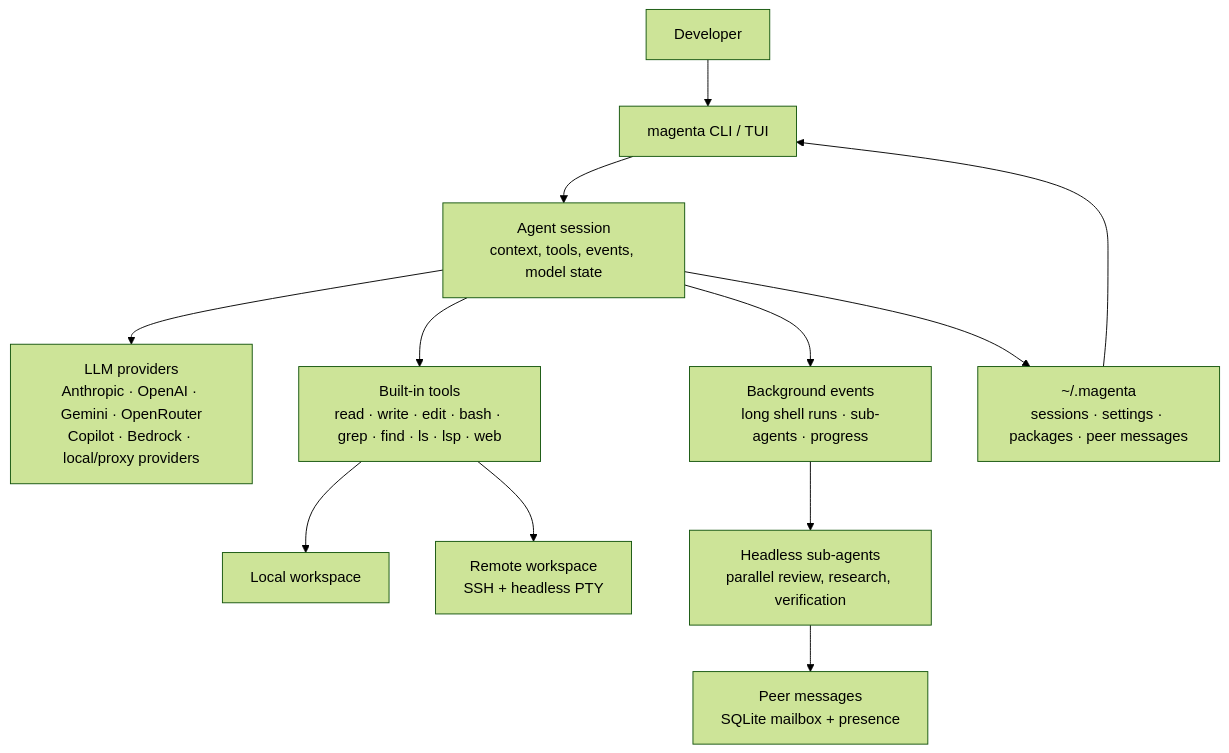
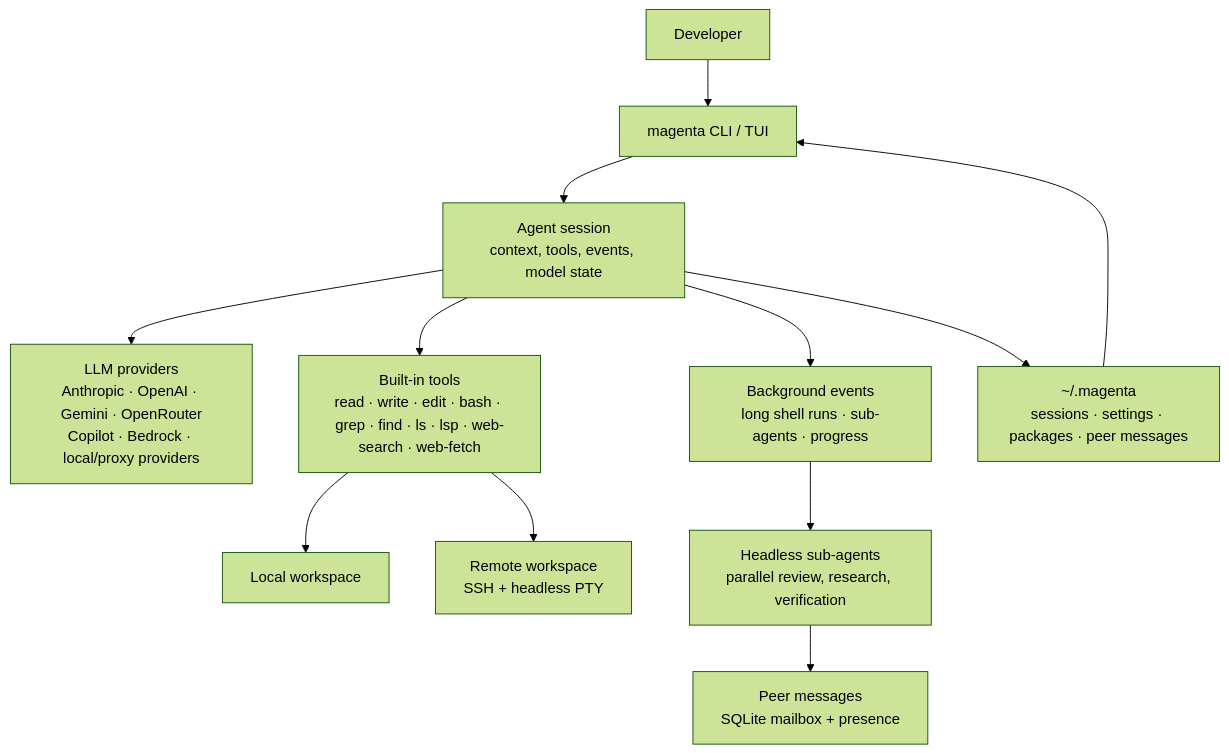
Before and after one commit to Minions-Land/Magenta: the first of 6 diagrams in README.md, drawn with Mermaid (forest theme). The commit also changed other lines of this file and 11 other files, not shown here.

````diff
--- a/README.md
+++ b/README.md
@@ -53,16 +54,16 @@
 ```mermaid
 flowchart TD
     DEV["Developer"] --> CLI["magenta CLI / TUI"]
     CLI --> SESSION["Agent session<br/>context, tools, events, model state"]
 
     SESSION --> MODEL["LLM providers<br/>Anthropic · OpenAI · Gemini · OpenRouter<br/>Copilot · Bedrock · local/proxy providers"]
-    SESSION --> TOOLS["Built-in tools<br/>read · write · edit · bash · grep · find · ls · lsp · web"]
+    SESSION --> TOOLS["Built-in tools<br/>read · write · edit · bash · grep · find · ls · lsp · web-search · web-fetch"]
     SESSION --> EVENTS["Background events<br/>long shell runs · sub-agents · progress"]
     SESSION --> STORE["~/.magenta<br/>sessions · settings · packages · peer messages"]
 
     TOOLS --> LOCAL["Local workspace"]
     TOOLS --> SSH["Remote workspace<br/>SSH + headless PTY"]
     EVENTS --> SUB["Headless sub-agents<br/>parallel review, research, verification"]
     SUB --> PEER["Peer messages<br/>SQLite mailbox + presence"]
     STORE --> CLI
 ```
````
